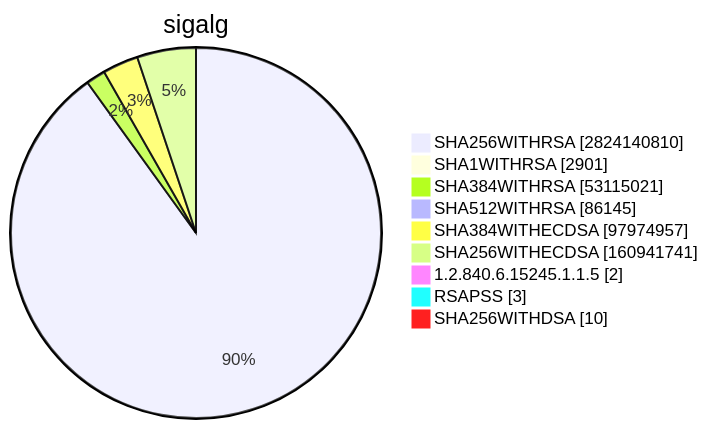
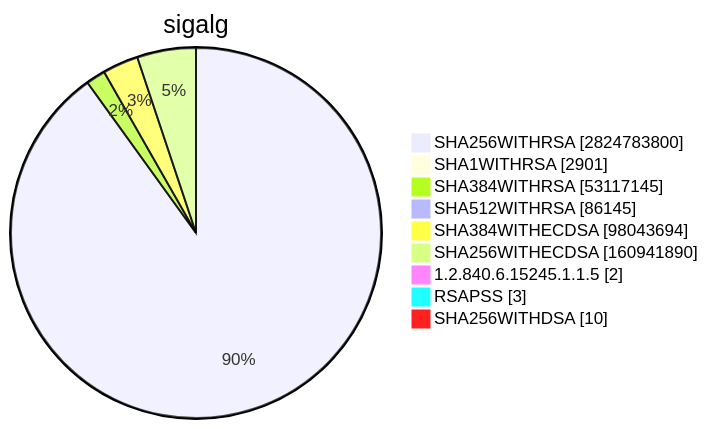
Before and after one commit to christiankrug/ctmonitor_visualization: diagram 15 of 15 in TOTAL/README.md, drawn with Mermaid. The commit also changed other lines of this file, not shown here.

````diff
--- a/TOTAL/README.md
+++ b/TOTAL/README.md
@@ -6207,13 +6207,13 @@
 ```mermaid
 pie showData
 title sigalg
-"SHA256WITHRSA" :2824140810
+"SHA256WITHRSA" :2824783800
 "SHA1WITHRSA" :2901
-"SHA384WITHRSA" :53115021
+"SHA384WITHRSA" :53117145
 "SHA512WITHRSA" :86145
-"SHA384WITHECDSA" :97974957
-"SHA256WITHECDSA" :160941741
+"SHA384WITHECDSA" :98043694
+"SHA256WITHECDSA" :160941890
 "1.2.840.6.15245.1.1.5" :2
 "RSAPSS" :3
 "SHA256WITHDSA" :10
 ```
````
